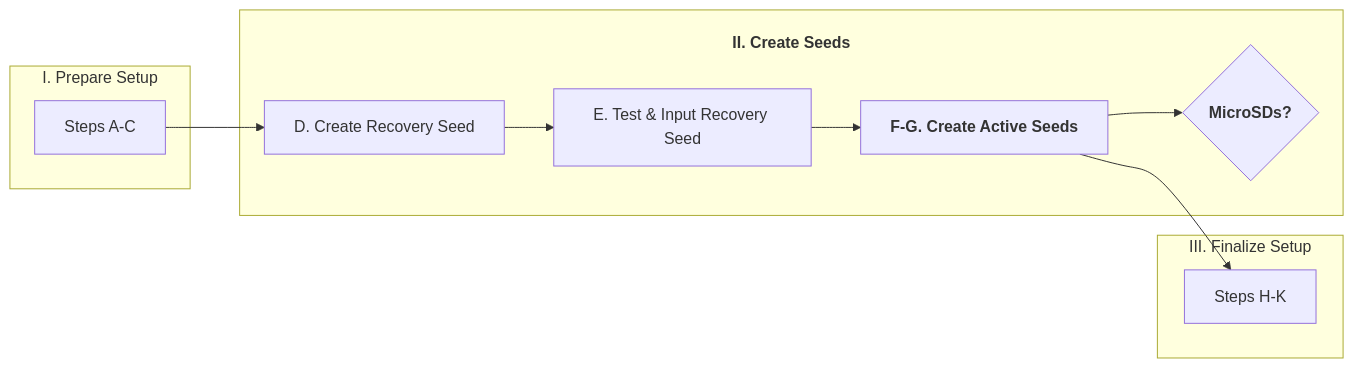
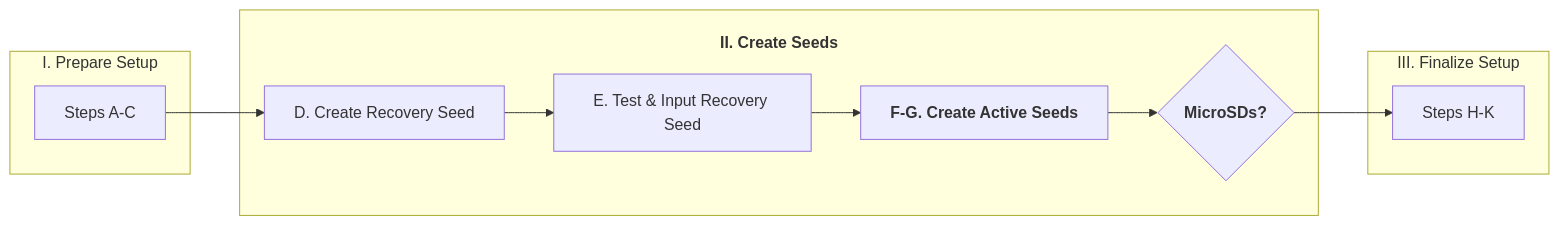
One commit to BlockchainCommons/SmartCustody changed the seventh of 7 diagrams in Docs/Scenario-Multisig.md. Above: the diagram before and after it, drawn with Mermaid. The commit also changed other lines of this file, not shown here.

````diff
--- a/Docs/Scenario-Multisig.md
+++ b/Docs/Scenario-Multisig.md
@@ -463,18 +463,18 @@
 ```mermaid
     graph LR;
     subgraph 1[I. Prepare Setup]
     C[Steps A-C]
     end
     subgraph 2[<h4>II. Create Seeds</h4>]
     D[D. Create Recovery Seed]
     E[E. Test & Input Recovery Seed]
     F[<b>F-G. Create Active Seeds</b>]
     F1{<b>MicroSDs?</b>}
     D-->E-->F-->F1
     end
     subgraph 3[III. Finalize Setup]
     H[Steps H-K]
     end
     C-->D
-    F-->H
+    F1-->H
 ```
````
